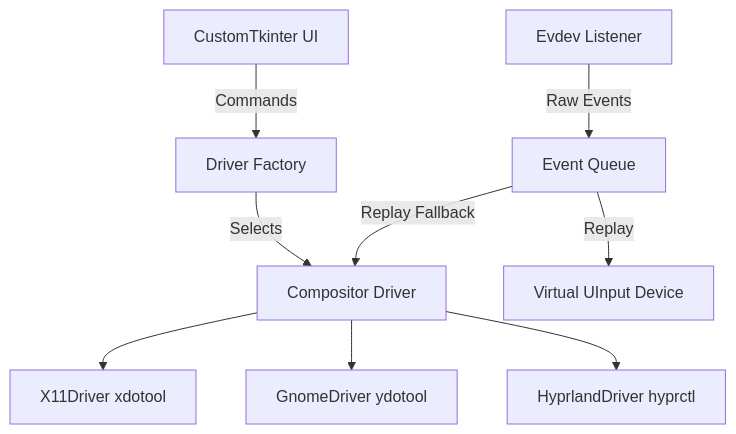
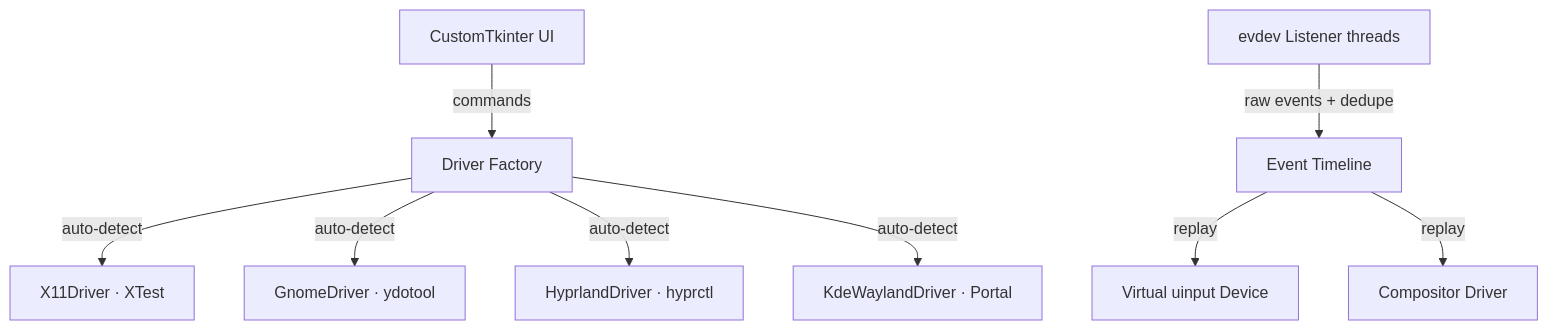
Before and after one commit to JADRT22/LinuxTask: the diagram in README.md, drawn with Mermaid. The commit also changed other lines of this file, not shown here.

````diff
--- a/README.md
+++ b/README.md
@@ -42,12 +56,12 @@
 ```mermaid
 graph TD
-    UI[CustomTkinter UI] -->|Commands| Factory[Driver Factory]
-    Factory -->|Selects| Driver[Compositor Driver]
-    Driver --> X11[X11Driver xdotool]
-    Driver --> Gnome[GnomeDriver ydotool]
-    Driver --> Hypr[HyprlandDriver hyprctl]
-    
-    Listener[Evdev Listener] -->|Raw Events| Events[Event Queue]
-    Events -->|Replay| UInput[Virtual UInput Device]
-    Events -->|Replay Fallback| Driver
+    UI[CustomTkinter UI] -->|commands| Factory[Driver Factory]
+    Factory -->|auto-detect| X11[X11Driver · XTest]
+    Factory -->|auto-detect| Gnome[GnomeDriver · ydotool]
+    Factory -->|auto-detect| Hypr[HyprlandDriver · hyprctl]
+    Factory -->|auto-detect| Kde[KdeWaylandDriver · Portal]
+
+    Listener[evdev Listener threads] -->|raw events + dedupe| Queue[Event Timeline]
+    Queue -->|replay| UInput[Virtual uinput Device]
+    Queue -->|replay| Driver[Compositor Driver]
 ```
````
